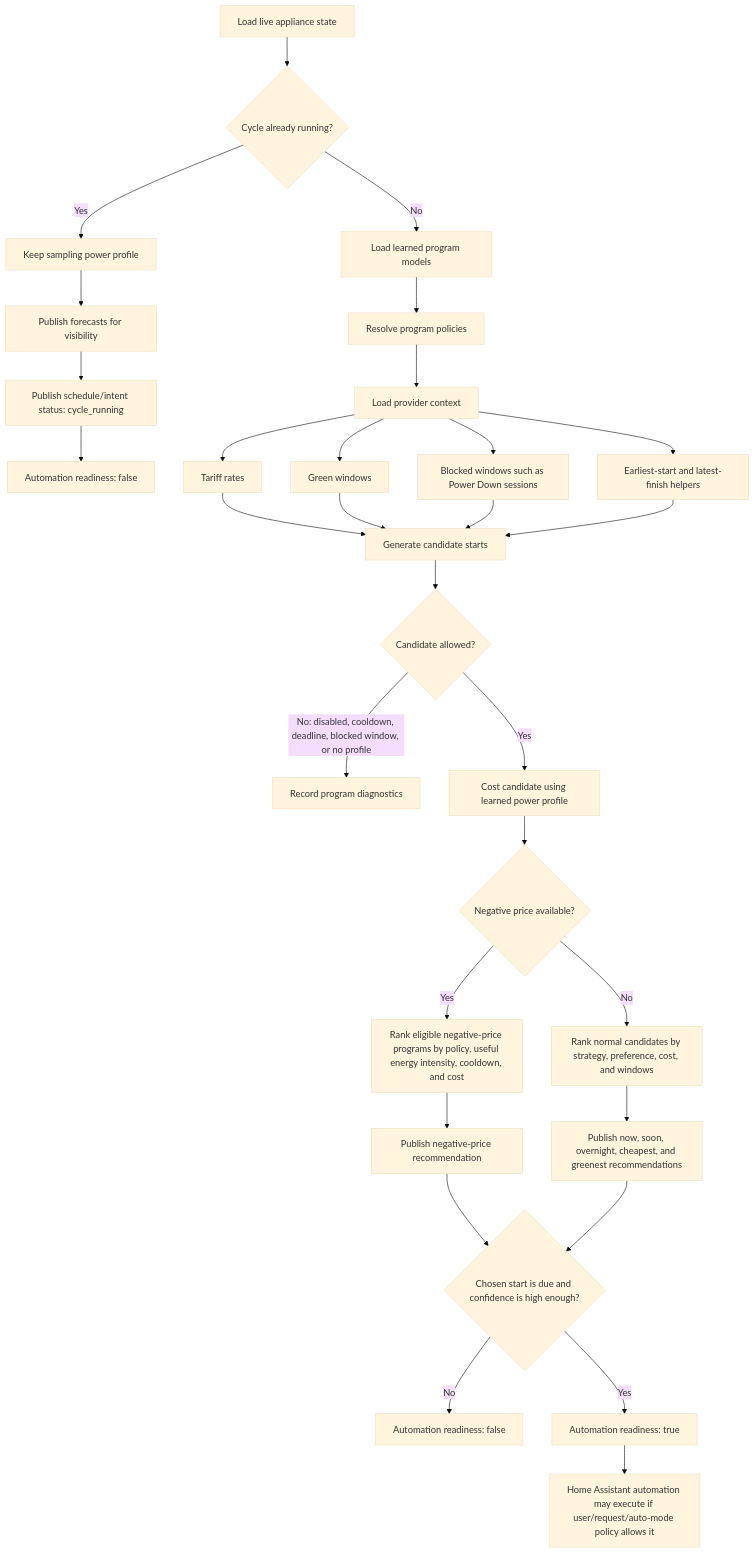
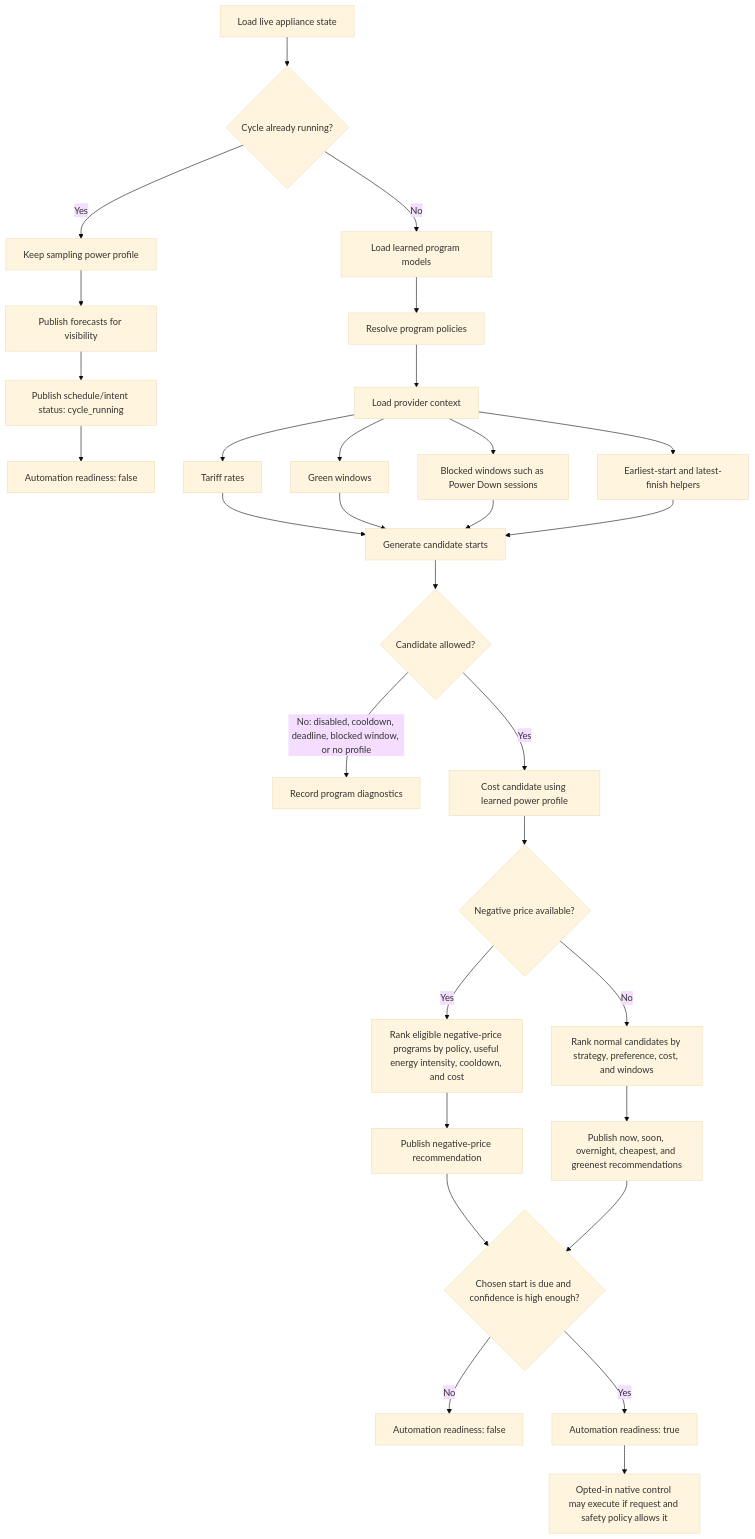
The diagram in docs/architecture.md (stevesherry123/load-optimizer-home-assistant), drawn with Mermaid (base theme) before and after one commit. The commit also changed other lines of this file and 18 other files, not shown here.

````diff
--- a/docs/architecture.md
+++ b/docs/architecture.md
@@ -257,35 +255,35 @@
 ```mermaid
 flowchart TD
     A["Load live appliance state"] --> B{"Cycle already running?"}
     B -- "Yes" --> C["Keep sampling power profile"]
     C --> D["Publish forecasts for visibility"]
     D --> E["Publish schedule/intent status: cycle_running"]
     E --> F["Automation readiness: false"]
 
     B -- "No" --> G["Load learned program models"]
     G --> H["Resolve program policies"]
     H --> I["Load provider context"]
     I --> I1["Tariff rates"]
     I --> I2["Green windows"]
     I --> I3["Blocked windows such as Power Down sessions"]
     I --> I4["Earliest-start and latest-finish helpers"]
 
     I1 --> J["Generate candidate starts"]
     I2 --> J
     I3 --> J
     I4 --> J
     J --> K{"Candidate allowed?"}
     K -- "No: disabled, cooldown, deadline, blocked window, or no profile" --> L["Record program diagnostics"]
     K -- "Yes" --> M["Cost candidate using learned power profile"]
 
     M --> N{"Negative price available?"}
     N -- "Yes" --> O["Rank eligible negative-price programs by policy, useful energy intensity, cooldown, and cost"]
     N -- "No" --> P["Rank normal candidates by strategy, preference, cost, and windows"]
     O --> Q["Publish negative-price recommendation"]
     P --> R["Publish now, soon, overnight, cheapest, and greenest recommendations"]
     Q --> S{"Chosen start is due and confidence is high enough?"}
     R --> S
     S -- "No" --> T["Automation readiness: false"]
     S -- "Yes" --> U["Automation readiness: true"]
-    U --> V["Home Assistant automation may execute if user/request/auto-mode policy allows it"]
+    U --> V["Opted-in native control may execute if request and safety policy allows it"]
 ```
````
